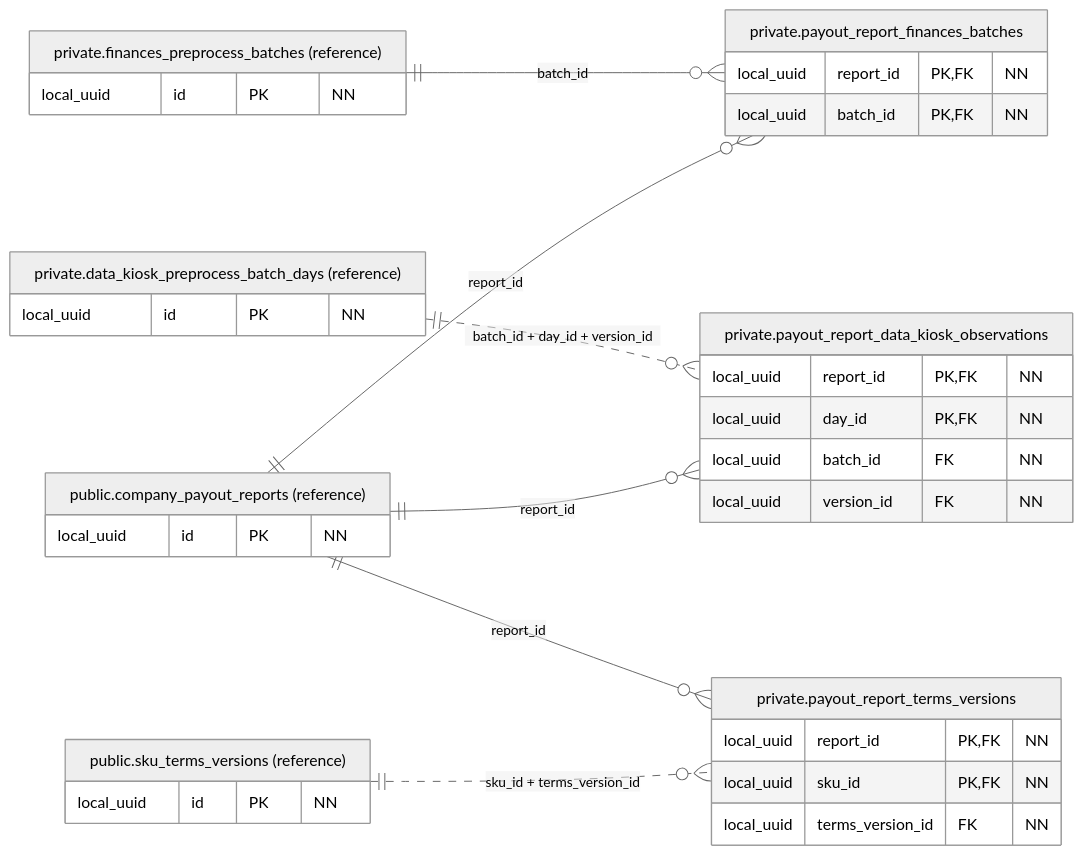
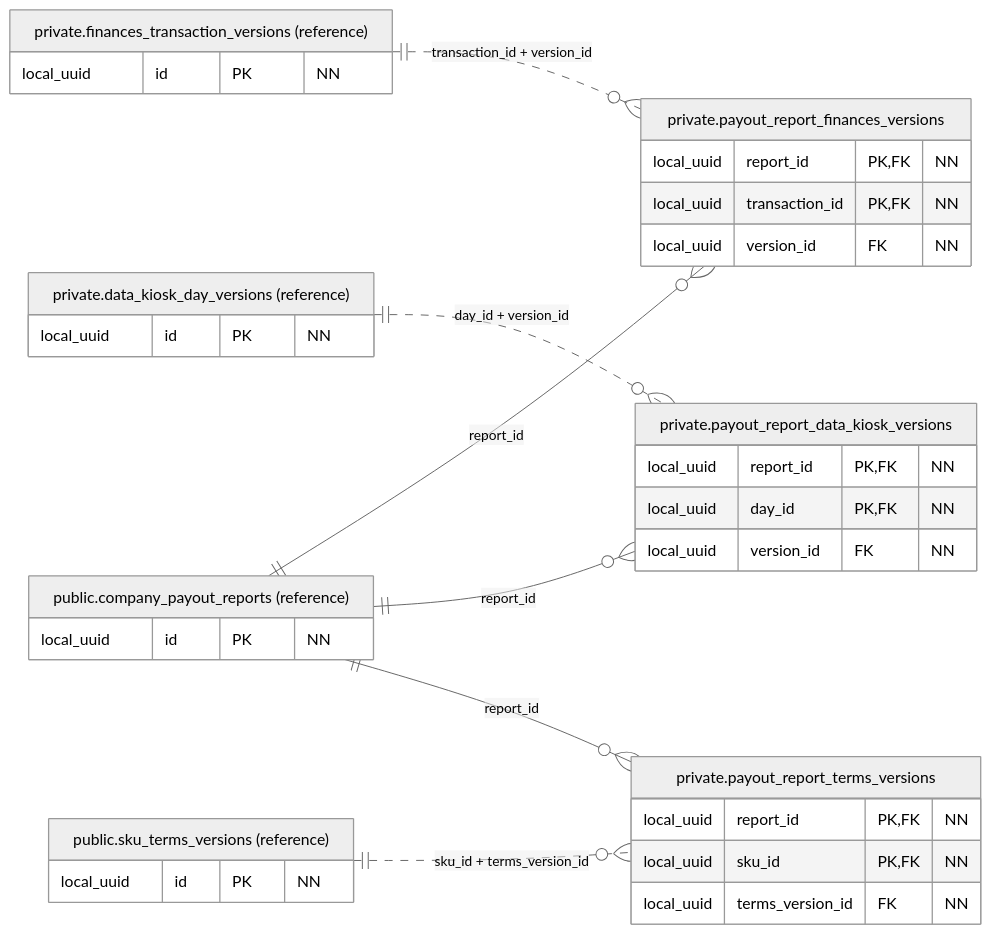
The diagram in docs/figures/database/07-payout-manifests.mmd (qwercxzsda/A-SelBox), drawn with Mermaid (neutral theme) before and after one commit. The commit also changed 158 other files, not shown here.

```diff
--- a/docs/figures/database/07-payout-manifests.mmd
+++ b/docs/figures/database/07-payout-manifests.mmd
@@ -1,42 +1,42 @@
 erDiagram
     direction LR
-    private_finances_preprocess_batches ||--o{ private_payout_report_finances_batches : "batch_id"
-    public_company_payout_reports ||--o{ private_payout_report_finances_batches : "report_id"
-    private_data_kiosk_preprocess_batch_days ||..o{ private_payout_report_data_kiosk_observations : "batch_id + day_id + version_id"
-    public_company_payout_reports ||--o{ private_payout_report_data_kiosk_observations : "report_id"
+    public_company_payout_reports ||--o{ private_payout_report_finances_versions : "report_id"
+    private_finances_transaction_versions ||..o{ private_payout_report_finances_versions : "transaction_id + version_id"
+    private_data_kiosk_day_versions ||..o{ private_payout_report_data_kiosk_versions : "day_id + version_id"
+    public_company_payout_reports ||--o{ private_payout_report_data_kiosk_versions : "report_id"
     public_company_payout_reports ||--o{ private_payout_report_terms_versions : "report_id"
     public_sku_terms_versions ||..o{ private_payout_report_terms_versions : "sku_id + terms_version_id"
 
-    private_payout_report_finances_batches["private.payout_report_finances_batches"] {
+    private_payout_report_finances_versions["private.payout_report_finances_versions"] {
         local_uuid report_id PK, FK "NN"
-        local_uuid batch_id PK, FK "NN"
+        local_uuid transaction_id PK, FK "NN"
+        local_uuid version_id FK "NN"
     }
 
-    private_payout_report_data_kiosk_observations["private.payout_report_data_kiosk_observations"] {
+    private_payout_report_data_kiosk_versions["private.payout_report_data_kiosk_versions"] {
         local_uuid report_id PK, FK "NN"
         local_uuid day_id PK, FK "NN"
-        local_uuid batch_id FK "NN"
         local_uuid version_id FK "NN"
     }
 
     private_payout_report_terms_versions["private.payout_report_terms_versions"] {
         local_uuid report_id PK, FK "NN"
         local_uuid sku_id PK, FK "NN"
         local_uuid terms_version_id FK "NN"
     }
 
-    private_data_kiosk_preprocess_batch_days["private.data_kiosk_preprocess_batch_days (reference)"] {
+    private_data_kiosk_day_versions["private.data_kiosk_day_versions (reference)"] {
         local_uuid id PK "NN"
     }
 
-    private_finances_preprocess_batches["private.finances_preprocess_batches (reference)"] {
+    private_finances_transaction_versions["private.finances_transaction_versions (reference)"] {
         local_uuid id PK "NN"
     }
 
     public_company_payout_reports["public.company_payout_reports (reference)"] {
         local_uuid id PK "NN"
     }
 
     public_sku_terms_versions["public.sku_terms_versions (reference)"] {
         local_uuid id PK "NN"
     }
```
